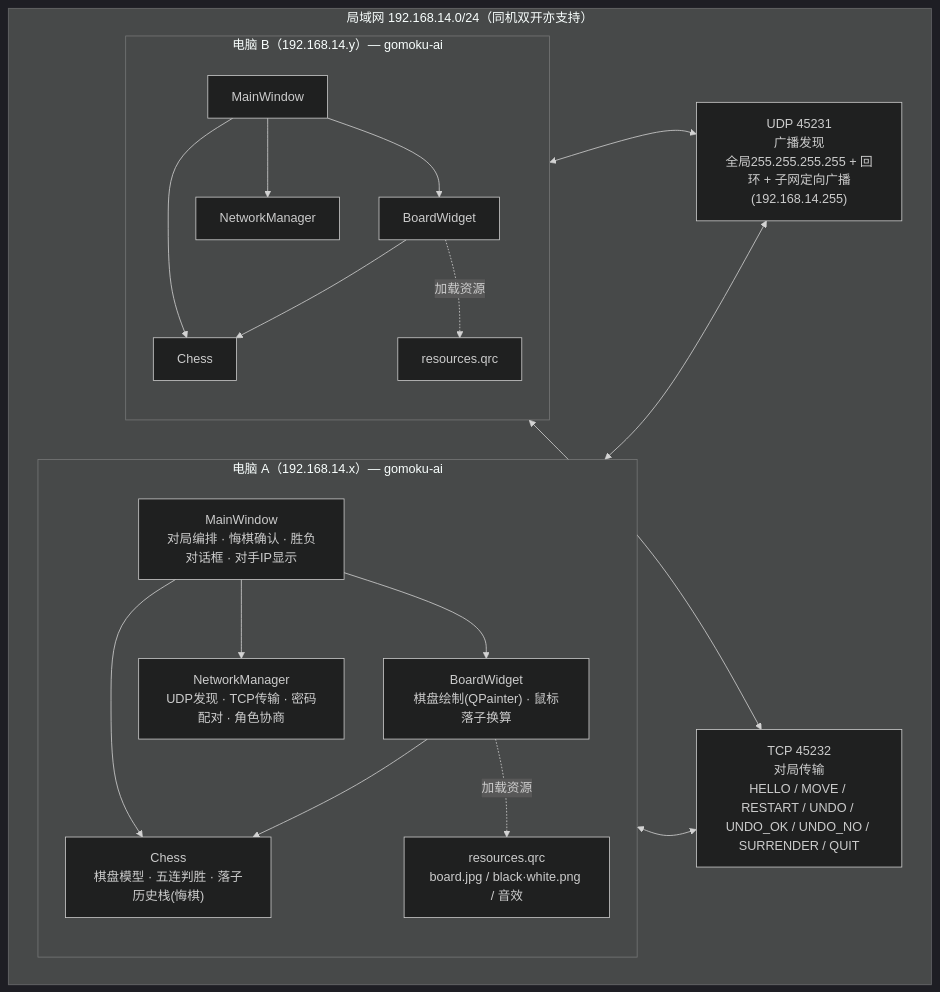
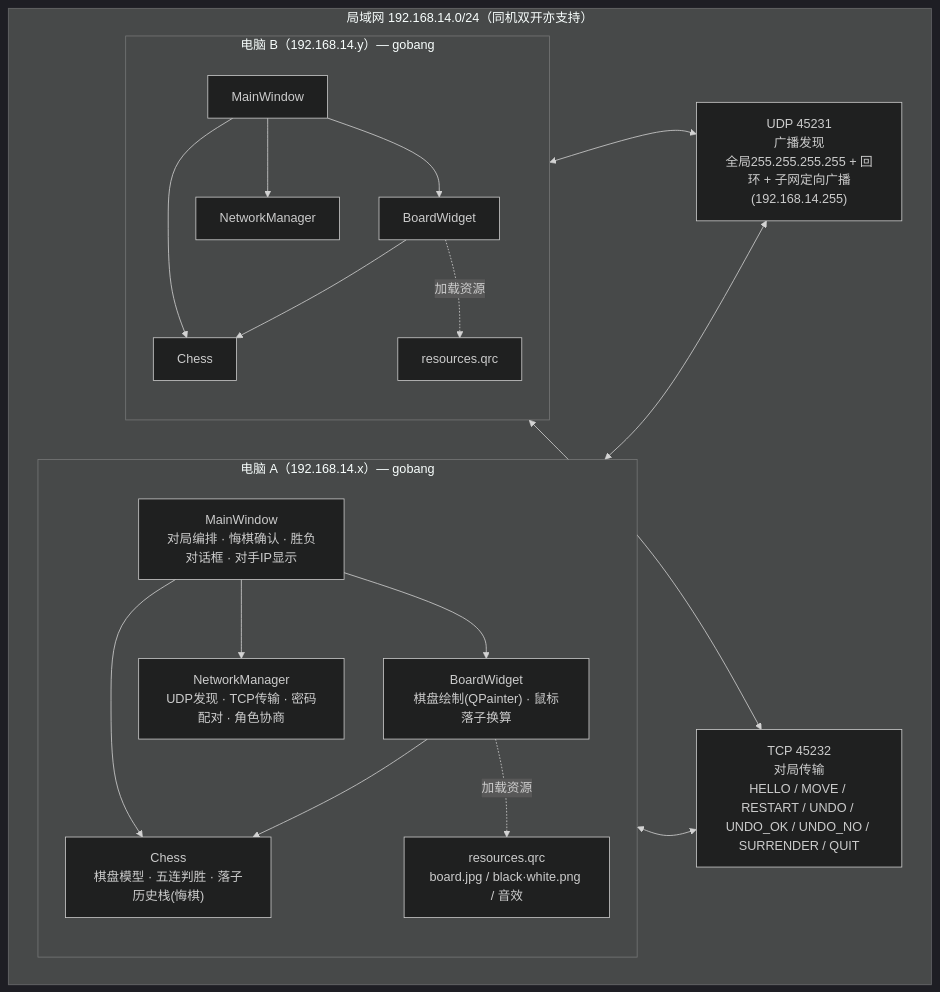
One commit to ryanuo/cpp-wzq changed the first of 2 diagrams in docs/architecture.md. Above: the diagram before and after it, drawn with Mermaid (dark theme). The commit also changed 8 other files, not shown here.

First line of the commit message:
refactor: 全局改名 gomoku-ai -> gobang

````diff
--- a/docs/architecture.md
+++ b/docs/architecture.md
@@ -5,37 +5,37 @@
 ```mermaid
 flowchart TB
     subgraph LAN["局域网 192.168.14.0/24（同机双开亦支持）"]
-        subgraph PC1["电脑 A（192.168.14.x）— gomoku-ai"]
+        subgraph PC1["电脑 A（192.168.14.x）— gobang"]
             direction TB
             MW1["MainWindow<br/>对局编排 · 悔棋确认 · 胜负对话框 · 对手IP显示"]
             BW1["BoardWidget<br/>棋盘绘制(QPainter) · 鼠标落子换算"]
             CH1["Chess<br/>棋盘模型 · 五连判胜 · 落子历史栈(悔棋)"]
             NM1["NetworkManager<br/>UDP发现 · TCP传输 · 密码配对 · 角色协商"]
             RES1["resources.qrc<br/>board.jpg / black·white.png / 音效"]
             MW1 --> BW1
             MW1 --> CH1
             MW1 --> NM1
             BW1 --> CH1
             BW1 -. 加载资源 .-> RES1
         end
-        subgraph PC2["电脑 B（192.168.14.y）— gomoku-ai"]
+        subgraph PC2["电脑 B（192.168.14.y）— gobang"]
             direction TB
             MW2["MainWindow"]
             BW2["BoardWidget"]
             CH2["Chess"]
             NM2["NetworkManager"]
             RES2["resources.qrc"]
             MW2 --> BW2
             MW2 --> CH2
             MW2 --> NM2
             BW2 --> CH2
             BW2 -. 加载资源 .-> RES2
         end
         UDP["UDP 45231<br/>广播发现<br/>全局255.255.255.255 + 回环 + 子网定向广播(192.168.14.255)"]
         TCP["TCP 45232<br/>对局传输<br/>HELLO / MOVE / RESTART / UNDO / UNDO_OK / UNDO_NO / SURRENDER / QUIT"]
         NM1 <--> UDP
         NM2 <--> UDP
         NM1 <--> TCP
         NM2 <--> TCP
     end
 ```
````
